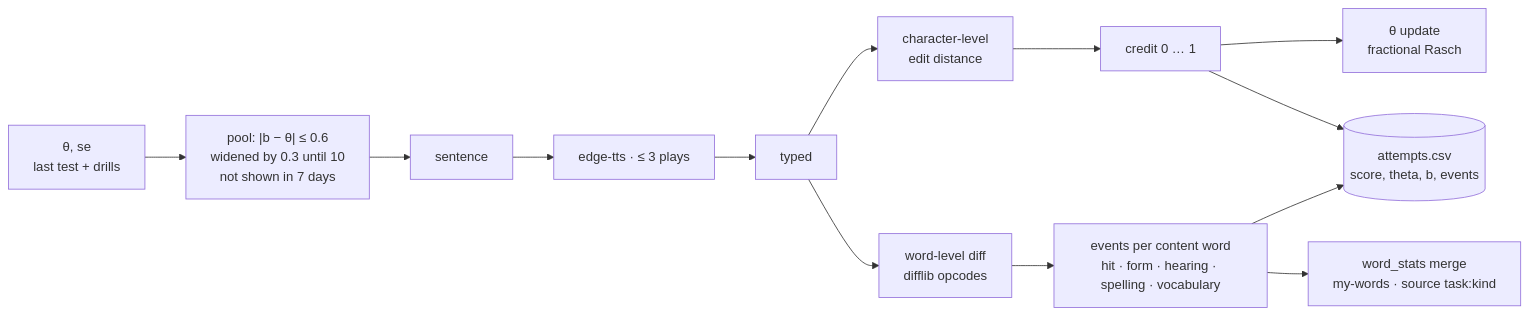
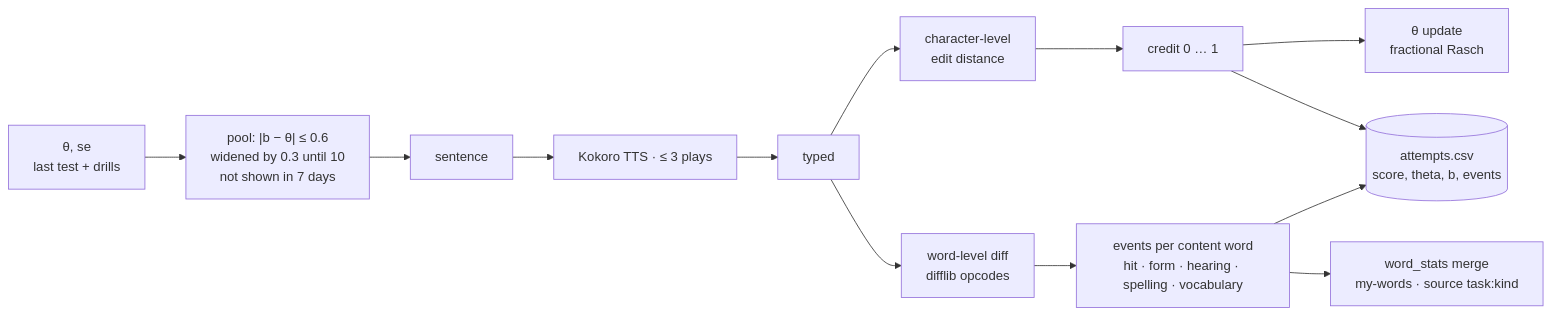
The fourth of 4 diagrams in practice/README.md (nhanpc/DET), drawn with Mermaid before and after one commit. The commit also changed other lines of this file and 12 other files, not shown here.

````diff
--- a/practice/README.md
+++ b/practice/README.md
@@ -255,11 +258,11 @@
 ```mermaid
 flowchart LR
     TH["θ, se<br/>last test + drills"] --> P["pool: |b − θ| ≤ 0.6<br/>widened by 0.3 until 10<br/>not shown in 7 days"]
-    P --> S[sentence] --> V["edge-tts · ≤ 3 plays"] --> Y[typed]
+    P --> S[sentence] --> V["Kokoro TTS · ≤ 3 plays"] --> Y[typed]
     Y --> D["character-level<br/>edit distance"]
     D --> C["credit 0 … 1"] --> U["θ update<br/>fractional Rasch"]
     Y --> W["word-level diff<br/>difflib opcodes"]
     W --> E["events per content word<br/>hit · form · hearing · spelling · vocabulary"]
     E --> M["word_stats merge<br/>my-words · source task:kind"]
     C & E --> A[("attempts.csv<br/>score, theta, b, events")]
 ```
````
